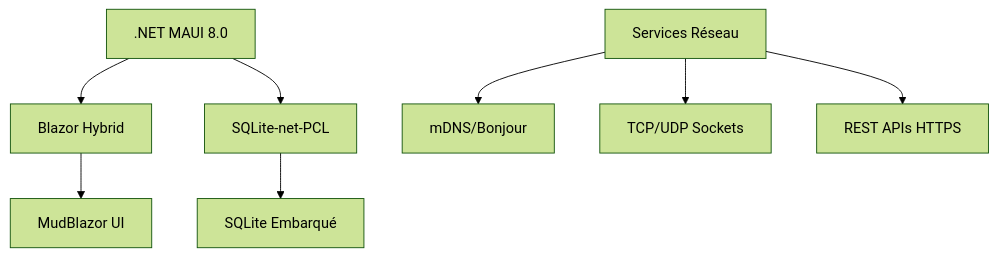
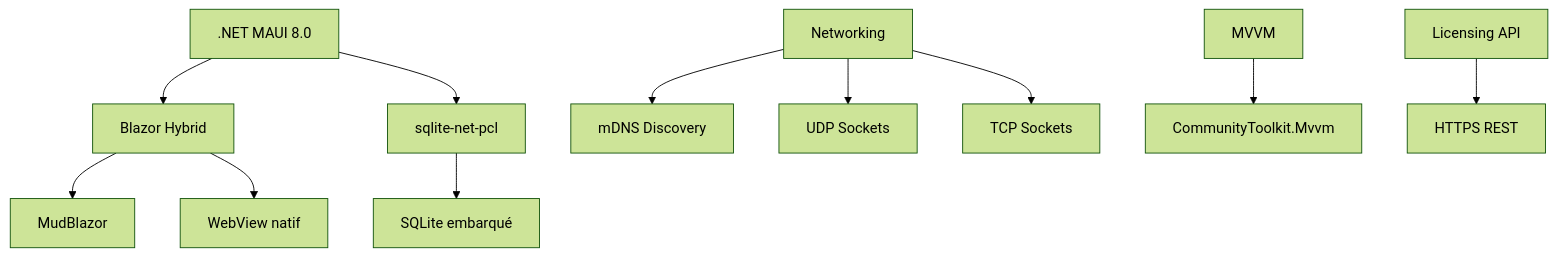
One commit to Beatwen/RF_Go changed the diagram in docusaurus/docs/intro.md. Above: the diagram before and after it, drawn with Mermaid (forest theme). The commit also changed other lines of this file and 123 other files, not shown here.

````diff
--- a/docusaurus/docs/intro.md
+++ b/docusaurus/docs/intro.md
@@ -70,10 +87,13 @@
 ```mermaid
 graph TB
     A[.NET MAUI 8.0] --> B[Blazor Hybrid]
-    A --> C[SQLite-net-PCL]
-    B --> D[MudBlazor UI]
-    C --> E[SQLite Embarqué]
-    F[Services Réseau] --> G[mDNS/Bonjour]
-    F --> H[TCP/UDP Sockets]
-    F --> I[REST APIs HTTPS]
+    A --> C[sqlite-net-pcl]
+    B --> D[MudBlazor]
+    B --> E[WebView natif]
+    C --> F[SQLite embarqué]
+    G[Networking] --> H[mDNS Discovery]
+    G --> I[UDP Sockets]
+    G --> J[TCP Sockets]
+    K[MVVM] --> L[CommunityToolkit.Mvvm]
+    M[Licensing API] --> N[HTTPS REST]
 ```
````
